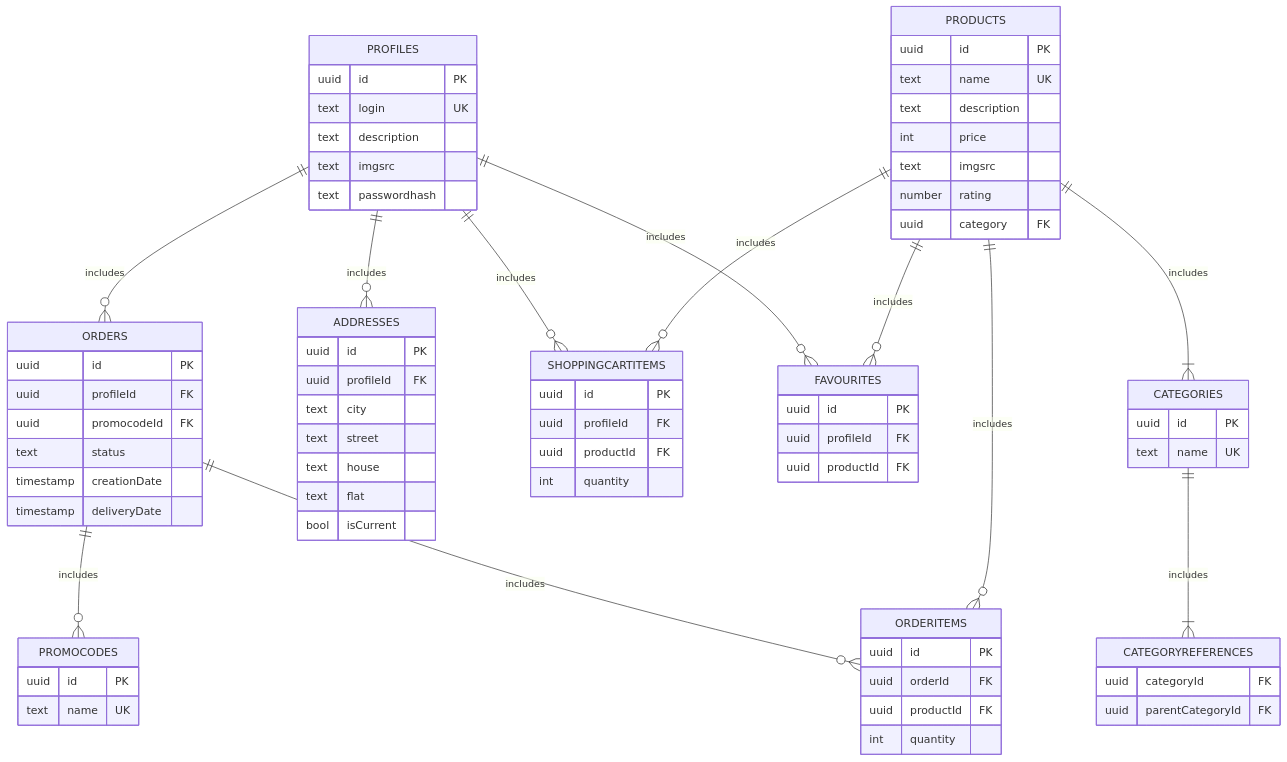
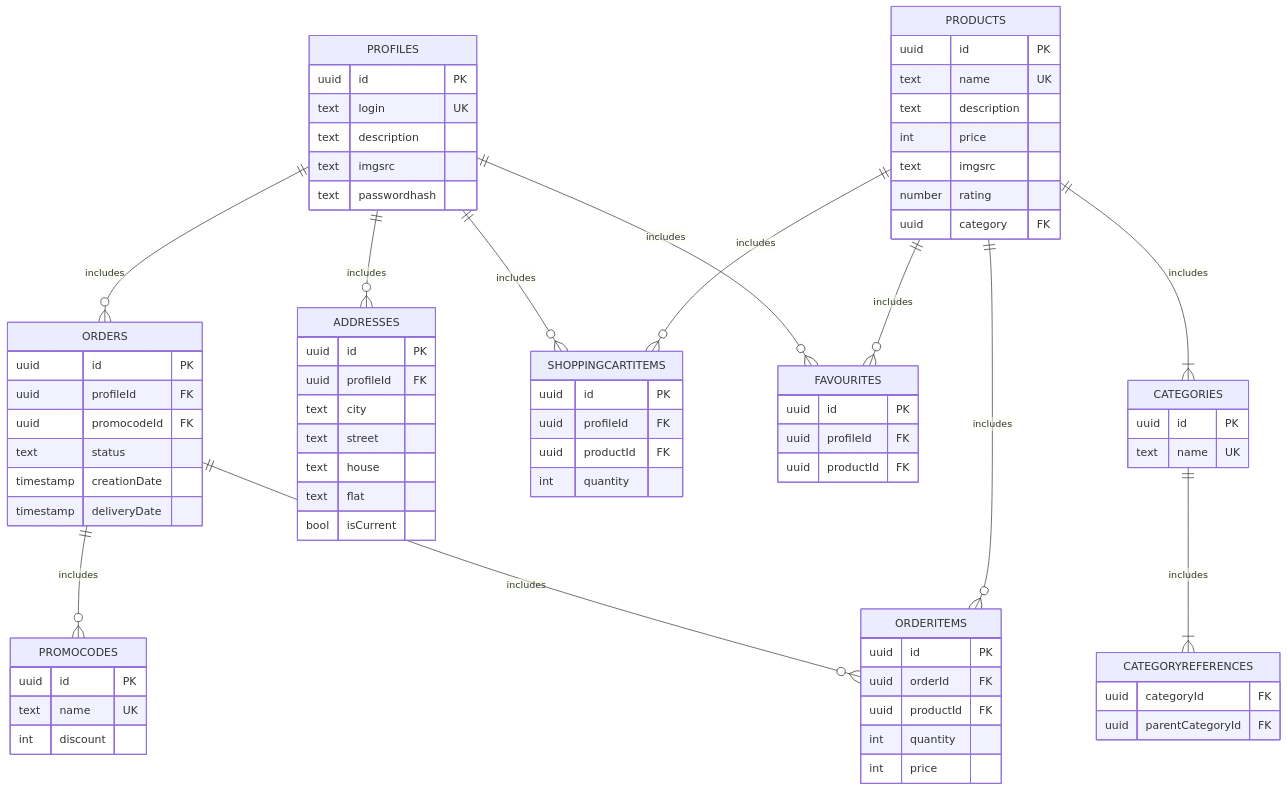
Before and after one commit to go-park-mail-ru/2023_2_potatiki: the diagram in db/normalized/relations.md, drawn with Mermaid.

````diff
--- a/db/normalized/relations.md
+++ b/db/normalized/relations.md
@@ -84,6 +84,7 @@
         uuid orderId FK
         uuid productId FK
         int quantity
+        int price
     }
 
     ADDRESSES {
@@ -116,6 +117,7 @@
     PROMOCODES {
         uuid id PK
         text name UK
+        int discount
     }
 
 ```
````
